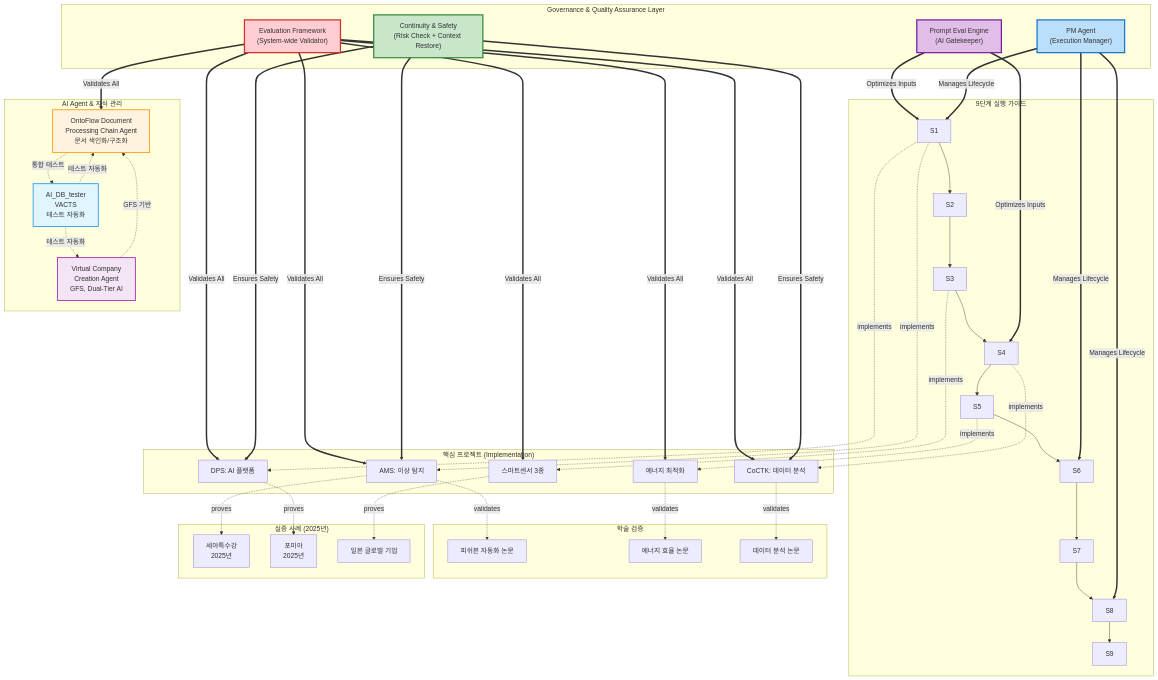
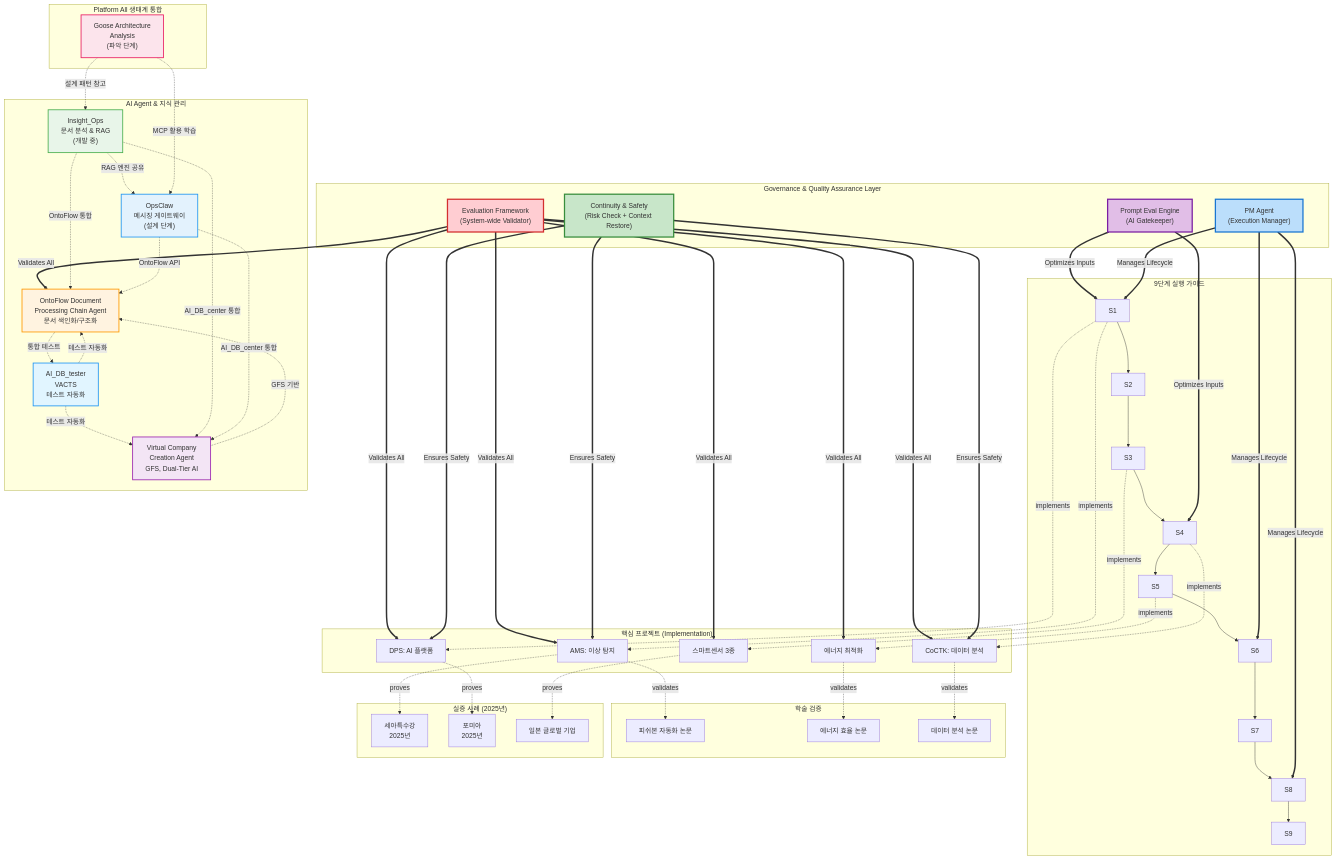
One commit to moobaek/Testing_AI_agents_for_public_use changed the first of 13 diagrams in portfolio/portfolio_docs/00_Relationship_Map.md. Above: the diagram before and after it, drawn with Mermaid. The commit also changed other lines of this file and 19 other files, not shown here.

````diff
--- a/portfolio/portfolio_docs/00_Relationship_Map.md
+++ b/portfolio/portfolio_docs/00_Relationship_Map.md
@@ -35,6 +35,12 @@
         ONTOFLOW["OntoFlow Document<br/>Processing Chain Agent<br/>문서 색인화/구조화"]
         AI_DB_TESTER["AI_DB_tester<br/>VACTS<br/>테스트 자동화"]
         VIRTUAL_COMPANY["Virtual Company<br/>Creation Agent<br/>GFS, Dual-Tier AI"]
+        INSIGHT_OPS["Insight_Ops<br/>문서 분석 & RAG<br/>(개발 중)"]
+        OPSCLAW["OpsClaw<br/>메시징 게이트웨이<br/>(설계 단계)"]
+    end
+    
+    subgraph "Platform All 생태계 통합"
+        GOOSE_ARCH["Goose Architecture<br/>Analysis<br/>(파악 단계)"]
     end
     
     subgraph "학술 검증"
@@ -61,6 +67,15 @@
     AI_DB_TESTER -. "테스트 자동화" .-> VIRTUAL_COMPANY
     VIRTUAL_COMPANY -. "GFS 기반" .-> ONTOFLOW
     
+    %% Platform All 생태계 통합 Relations
+    INSIGHT_OPS -. "OntoFlow 통합" .-> ONTOFLOW
+    INSIGHT_OPS -. "AI_DB_center 통합" .-> VIRTUAL_COMPANY
+    INSIGHT_OPS -. "RAG 엔진 공유" .-> OPSCLAW
+    OPSCLAW -. "OntoFlow API" .-> ONTOFLOW
+    OPSCLAW -. "AI_DB_center 통합" .-> VIRTUAL_COMPANY
+    GOOSE_ARCH -. "설계 패턴 참고" .-> INSIGHT_OPS
+    GOOSE_ARCH -. "MCP 활용 학습" .-> OPSCLAW
+    
     %% Standard Project Relations
     S1 -. "implements" .-> AMS
     S1 -. "implements" .-> DPS
@@ -83,4 +98,7 @@
     style ONTOFLOW fill:#fff3e0,stroke:#ff9800,stroke-width:2px
     style AI_DB_TESTER fill:#e1f5ff,stroke:#2196f3,stroke-width:2px
     style VIRTUAL_COMPANY fill:#f3e5f5,stroke:#9c27b0,stroke-width:2px
+    style INSIGHT_OPS fill:#e8f5e9,stroke:#4caf50,stroke-width:2px
+    style OPSCLAW fill:#e3f2fd,stroke:#2196f3,stroke-width:2px
+    style GOOSE_ARCH fill:#fce4ec,stroke:#e91e63,stroke-width:2px
 ```
````
